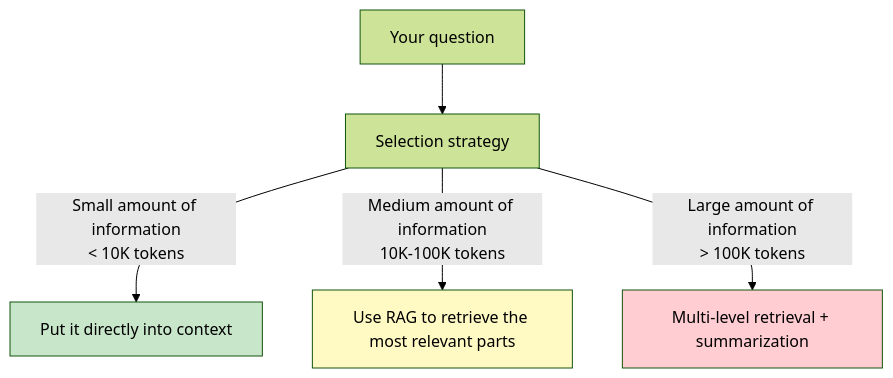
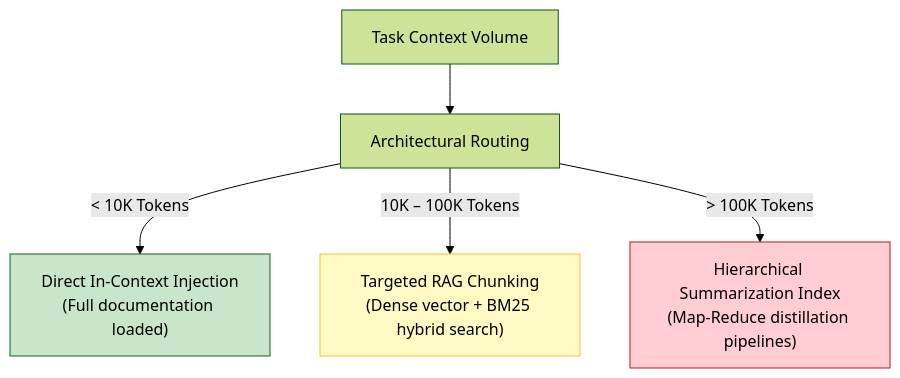
The sixth of 9 diagrams in en/chapters/06-limitations.md (yingwang/thinking-in-llm), drawn with Mermaid (forest theme) before and after one commit. The commit also changed other lines of this file and 31 other files, not shown here.

````diff
--- a/en/chapters/06-limitations.md
+++ b/en/chapters/06-limitations.md
@@ -493,11 +389,11 @@
 ```mermaid
 graph TD
-    Q["Your question"] --> D1["Selection strategy"]
-    D1 -->|"Small amount of information<br>< 10K tokens"| S1["Put it directly into context"]
-    D1 -->|"Medium amount of information<br>10K-100K tokens"| S2["Use RAG to retrieve the most relevant parts"]
-    D1 -->|"Large amount of information<br>> 100K tokens"| S3["Multi-level retrieval + summarization"]
+    Q["Task Context Volume"] --> D1["Architectural Routing"]
+    D1 -->|"< 10K Tokens"| S1["Direct In-Context Injection<br/>(Full documentation loaded)"]
+    D1 -->|"10K – 100K Tokens"| S2["Targeted RAG Chunking<br/>(Dense vector + BM25 hybrid search)"]
+    D1 -->|"> 100K Tokens"| S3["Hierarchical Summarization Index<br/>(Map-Reduce distillation pipelines)"]
 
-    style S1 fill:#c8e6c9
-    style S2 fill:#fff9c4
-    style S3 fill:#ffcdd2
+    style S1 fill:#c8e6c9,stroke:#1b5e20
+    style S2 fill:#fff9c4,stroke:#fbc02d
+    style S3 fill:#ffcdd2,stroke:#b71c1c
 ```
````
